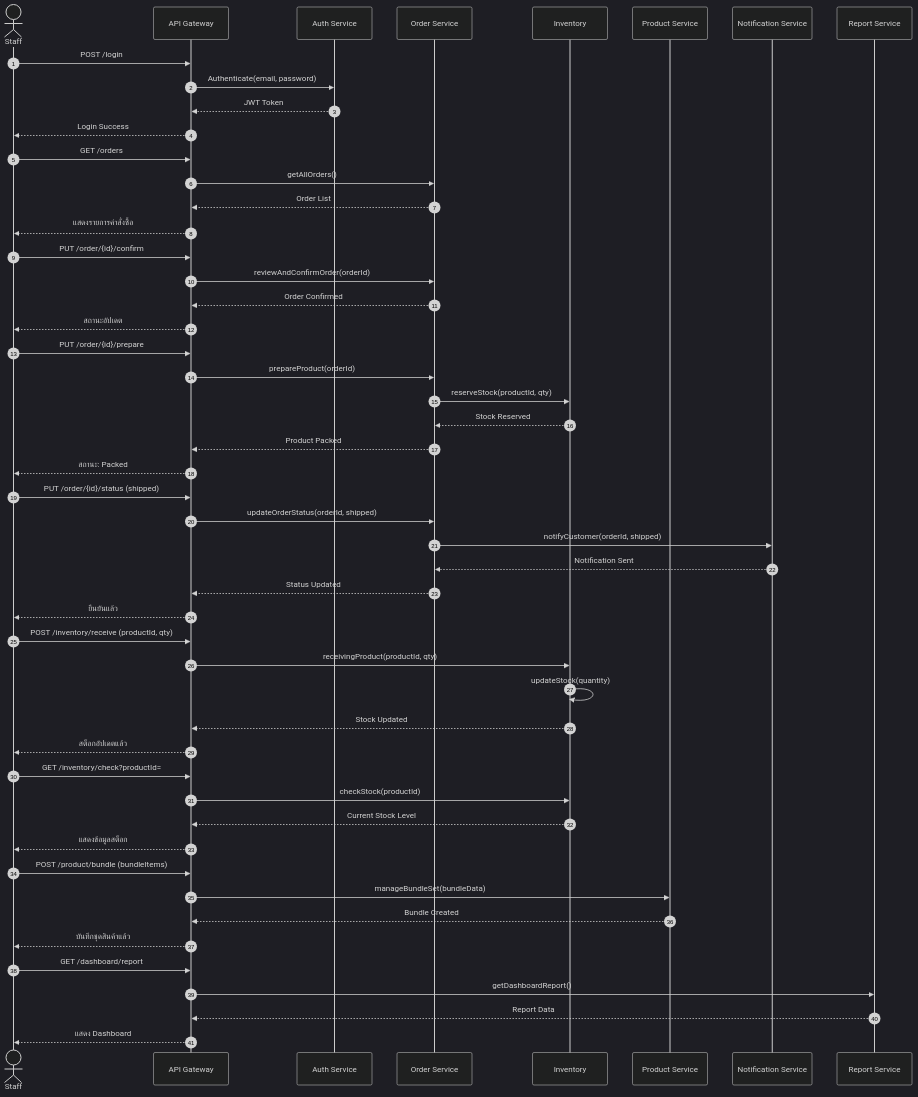
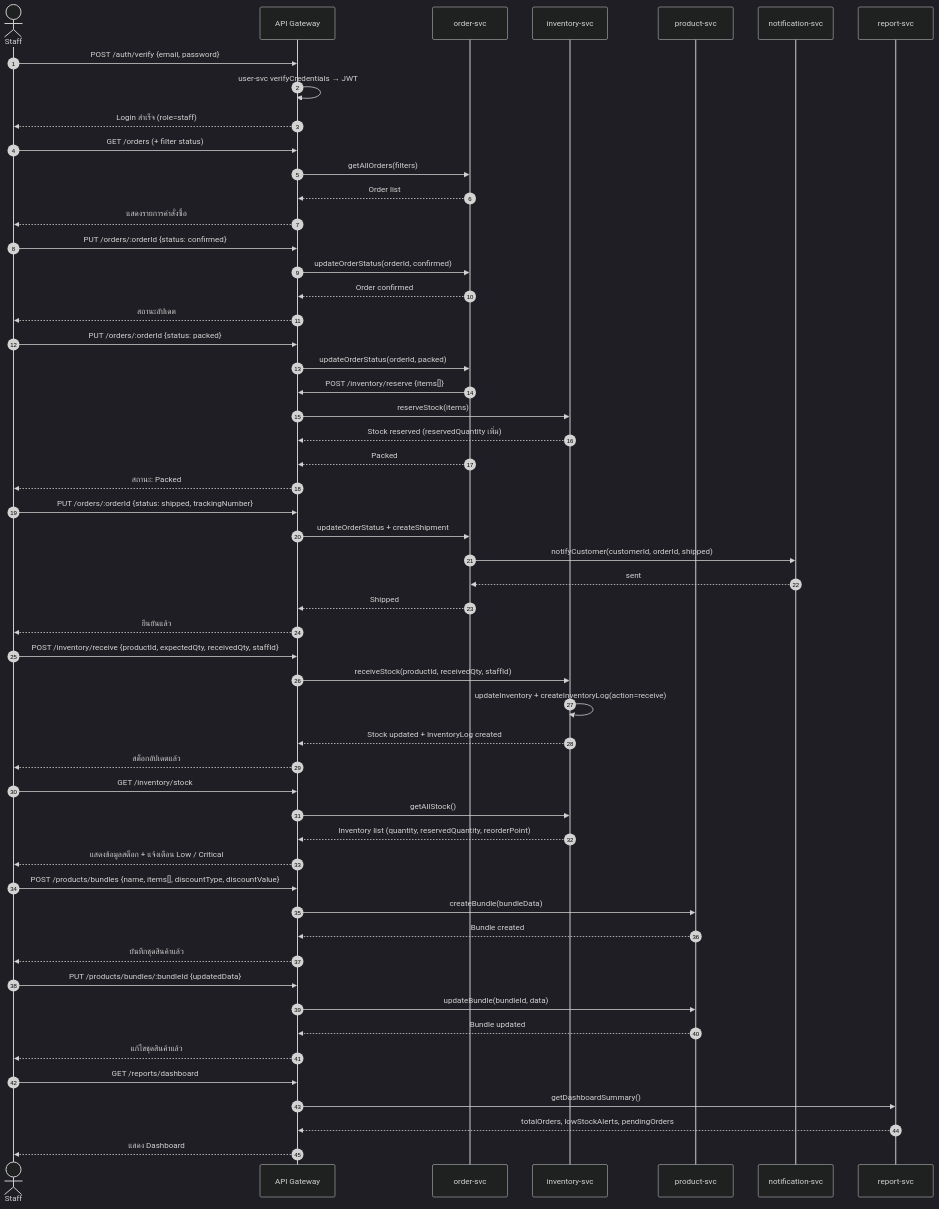
Before and after one commit to csi204/musicgear: the fourth of 6 diagrams in README.md, drawn with Mermaid (dark theme). The commit also changed other lines of this file, not shown here.

First line of the commit message:
docs: update System Architecture, Sequence Diagrams, Data Schema and UAT to match dev branch implementation

````diff
--- a/README.md
+++ b/README.md
@@ -843,71 +856,75 @@
 ```mermaid
 sequenceDiagram
     autonumber
     actor S as Staff
     participant GW as API Gateway
-    participant Auth as Auth Service
-    participant OS as Order Service
-    participant Inv as Inventory
-    participant PS as Product Service
-    participant Notif as Notification Service
-    participant Rep as Report Service
+    participant OS as order-svc
+    participant InvS as inventory-svc
+    participant PS as product-svc
+    participant Notif as notification-svc
+    participant Rep as report-svc
 
     %% Login
-    S->>GW: POST /login
-    GW->>Auth: Authenticate(email, password)
-    Auth-->>GW: JWT Token
-    GW-->>S: Login Success
+    S->>GW: POST /auth/verify  {email, password}
+    GW->>GW: user-svc verifyCredentials → JWT
+    GW-->>S: Login สำเร็จ (role=staff)
 
-    %% View Order List
-    S->>GW: GET /orders
-    GW->>OS: getAllOrders()
-    OS-->>GW: Order List
+    %% View Orders
+    S->>GW: GET /orders  (+ filter status)
+    GW->>OS: getAllOrders(filters)
+    OS-->>GW: Order list
     GW-->>S: แสดงรายการคำสั่งซื้อ
 
     %% Confirm Order
-    S->>GW: PUT /order/{id}/confirm
-    GW->>OS: reviewAndConfirmOrder(orderId)
-    OS-->>GW: Order Confirmed
+    S->>GW: PUT /orders/:orderId  {status: confirmed}
+    GW->>OS: updateOrderStatus(orderId, confirmed)
+    OS-->>GW: Order confirmed
     GW-->>S: สถานะอัปเดต
 
-    %% Prepare / Pack Product
-    S->>GW: PUT /order/{id}/prepare
-    GW->>OS: prepareProduct(orderId)
-    OS->>Inv: reserveStock(productId, qty)
-    Inv-->>OS: Stock Reserved
-    OS-->>GW: Product Packed
+    %% Prepare & Pack → reserve stock
+    S->>GW: PUT /orders/:orderId  {status: packed}
+    GW->>OS: updateOrderStatus(orderId, packed)
+    OS->>GW: POST /inventory/reserve  {items[]}
+    GW->>InvS: reserveStock(items)
+    InvS-->>GW: Stock reserved (reservedQuantity เพิ่ม)
+    OS-->>GW: Packed
     GW-->>S: สถานะ: Packed
 
-    %% Update Order Status -> Shipment
-    S->>GW: PUT /order/{id}/status (shipped)
-    GW->>OS: updateOrderStatus(orderId, shipped)
-    OS->>Notif: notifyCustomer(orderId, shipped)
-    Notif-->>OS: Notification Sent
-    OS-->>GW: Status Updated
+    %% Ship → notify customer
+    S->>GW: PUT /orders/:orderId  {status: shipped, trackingNumber}
+    GW->>OS: updateOrderStatus + createShipment
+    OS->>Notif: notifyCustomer(customerId, orderId, shipped)
+    Notif-->>OS: sent
+    OS-->>GW: Shipped
     GW-->>S: ยืนยันแล้ว
 
-    %% Receiving Product / Manage Stock
-    S->>GW: POST /inventory/receive (productId, qty)
-    GW->>Inv: receivingProduct(productId, qty)
-    Inv->>Inv: updateStock(quantity)
-    Inv-->>GW: Stock Updated
+    %% Receive Product (เติมสต็อก)
+    S->>GW: POST /inventory/receive  {productId, expectedQty, receivedQty, staffId}
+    GW->>InvS: receiveStock(productId, receivedQty, staffId)
+    InvS->>InvS: updateInventory + createInventoryLog(action=receive)
+    InvS-->>GW: Stock updated + InventoryLog created
     GW-->>S: สต็อกอัปเดตแล้ว
 
-    %% Check Stock
-    S->>GW: GET /inventory/check?productId=
-    GW->>Inv: checkStock(productId)
-    Inv-->>GW: Current Stock Level
-    GW-->>S: แสดงข้อมูลสต็อก
+    %% Check Stock / Low Stock
+    S->>GW: GET /inventory/stock
+    GW->>InvS: getAllStock()
+    InvS-->>GW: Inventory list (quantity, reservedQuantity, reorderPoint)
+    GW-->>S: แสดงข้อมูลสต็อก + แจ้งเตือน Low / Critical
 
     %% Manage Bundle Set
-    S->>GW: POST /product/bundle (bundleItems)
-    GW->>PS: manageBundleSet(bundleData)
-    PS-->>GW: Bundle Created
+    S->>GW: POST /products/bundles  {name, items[], discountType, discountValue}
+    GW->>PS: createBundle(bundleData)
+    PS-->>GW: Bundle created
     GW-->>S: บันทึกชุดสินค้าแล้ว
 
-    %% Dashboard Report
-    S->>GW: GET /dashboard/report
-    GW->>Rep: getDashboardReport()
-    Rep-->>GW: Report Data
+    S->>GW: PUT /products/bundles/:bundleId  {updatedData}
+    GW->>PS: updateBundle(bundleId, data)
+    PS-->>GW: Bundle updated
+    GW-->>S: แก้ไขชุดสินค้าแล้ว
+
+    %% Staff Dashboard
+    S->>GW: GET /reports/dashboard
+    GW->>Rep: getDashboardSummary()
+    Rep-->>GW: totalOrders, lowStockAlerts, pendingOrders
     GW-->>S: แสดง Dashboard
 ```
````
